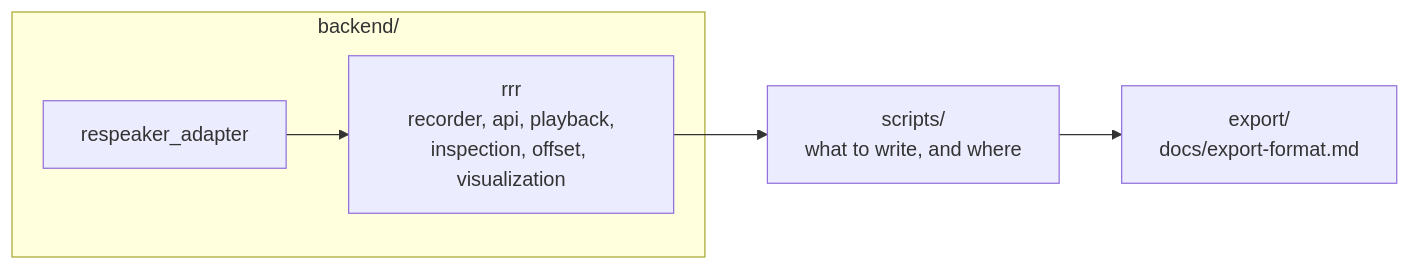
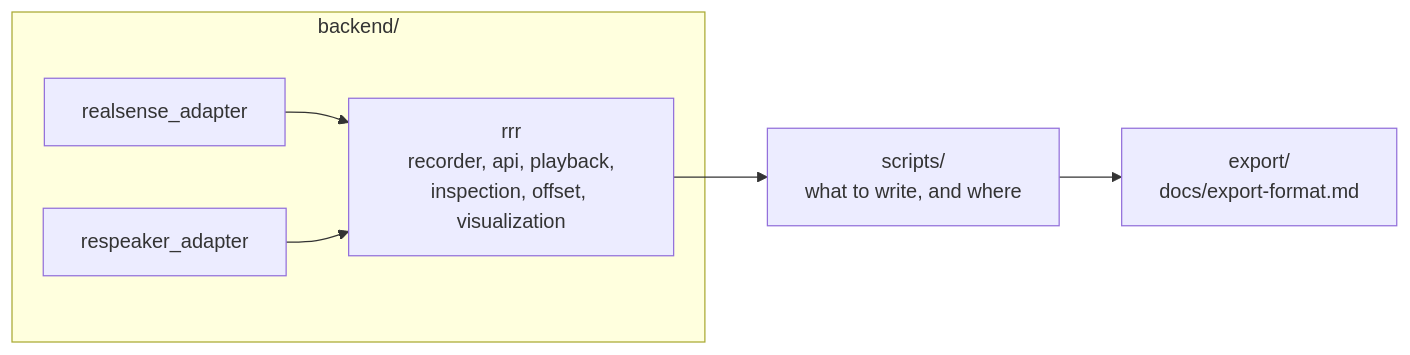
Before and after one commit to tkanek0/rererecorder: the diagram in docs/decisions.md, drawn with Mermaid. The commit also changed other lines of this file and 35 other files, not shown here.

Commit message:
Extract the RealSense layer into realsense_adapter

````diff
--- a/docs/decisions.md
+++ b/docs/decisions.md
@@ -1021,10 +1024,12 @@
 ```mermaid
 flowchart LR
     subgraph backend/
+        RS[realsense_adapter]
         RA[respeaker_adapter]
         RRR["rrr<br/>recorder, api, playback,<br/>inspection, offset, visualization"]
     end
     SC["scripts/<br/>what to write, and where"]
     EX["export/<br/>docs/export-format.md"]
+    RS --> RRR
     RA --> RRR --> SC --> EX
 ```
````
